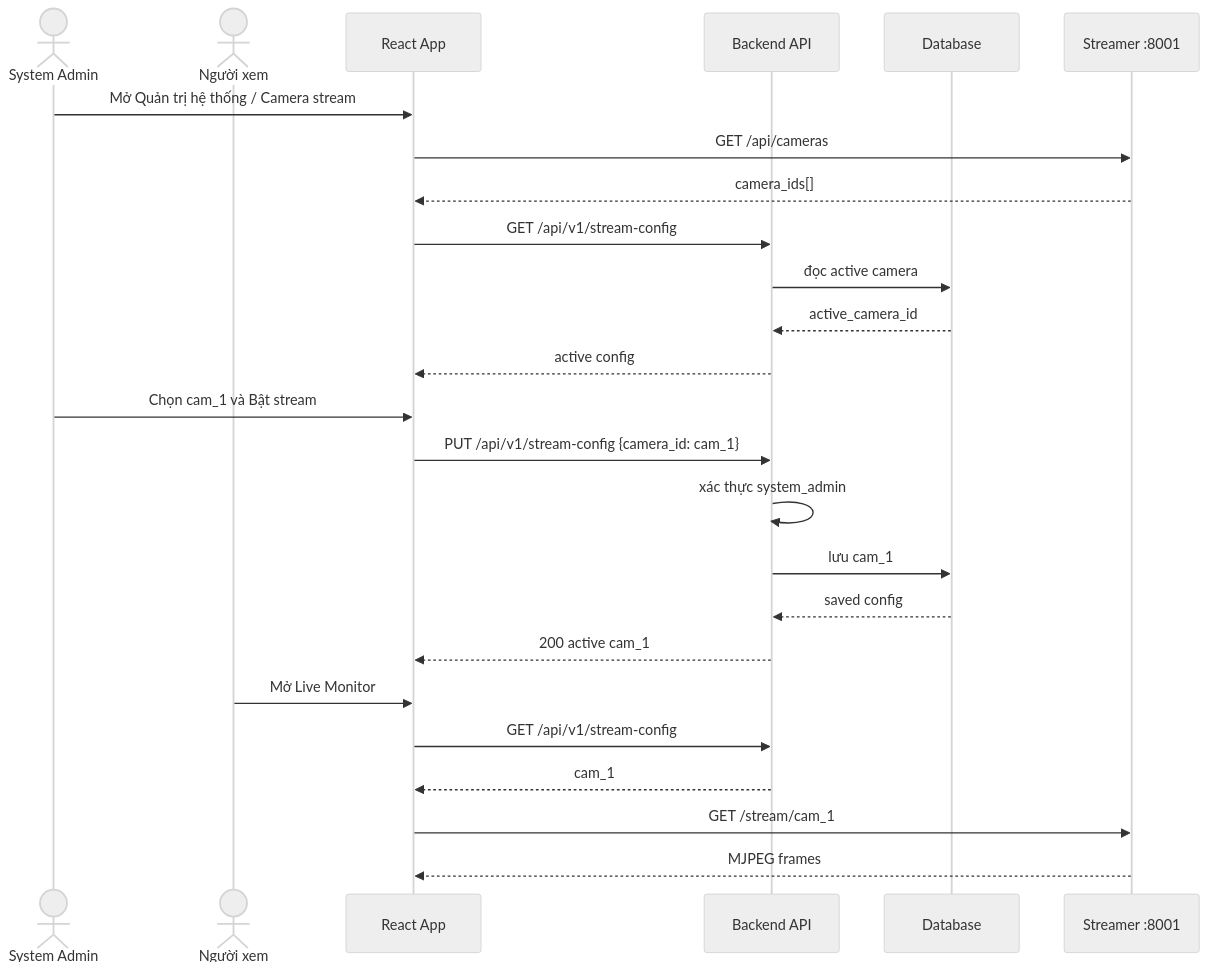
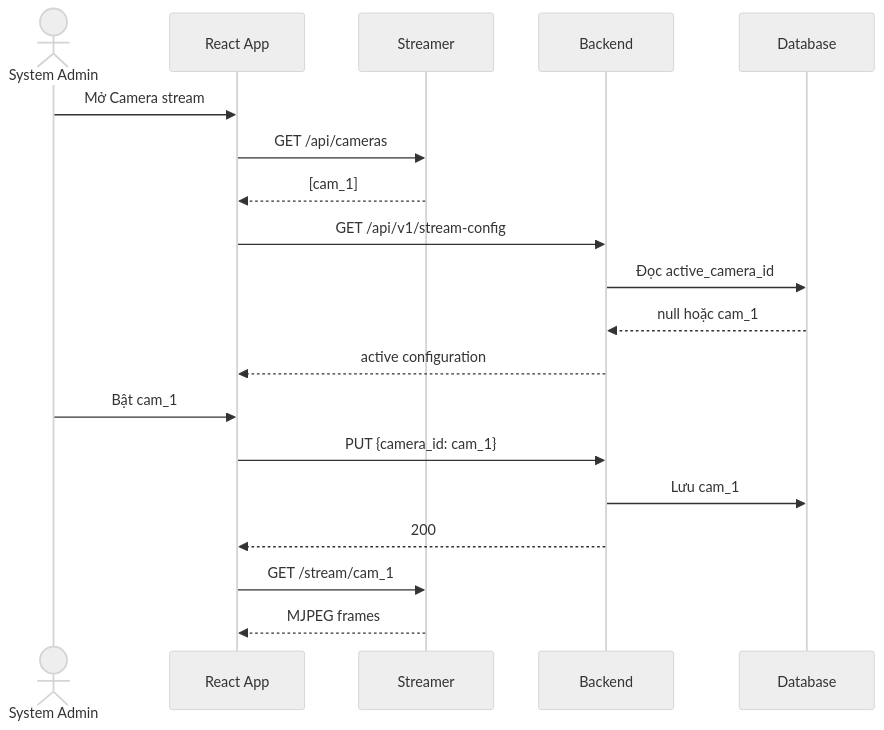
One commit to NguyenNhat4/Sentiel-safety-intelligent changed the second of 3 diagrams in docs/plans/2026-08-19-001-feat-admin-camera-stream-selection-plan.md. Above: the diagram before and after it, drawn with Mermaid (neutral theme). The commit also changed other lines of this file and 12 other files, not shown here.

````diff
--- a/docs/plans/2026-08-19-001-feat-admin-camera-stream-selection-plan.md
+++ b/docs/plans/2026-08-19-001-feat-admin-camera-stream-selection-plan.md
@@ -76,28 +152,22 @@
 ```mermaid
 sequenceDiagram
-    actor Admin as System Admin
-    actor User as Người xem
+    actor A as System Admin
     participant UI as React App
-    participant API as Backend API
+    participant S as Streamer
+    participant API as Backend
     participant DB as Database
-    participant S as Streamer :8001
 
-    Admin->>UI: Mở Quản trị hệ thống / Camera stream
+    A->>UI: Mở Camera stream
     UI->>S: GET /api/cameras
-    S-->>UI: camera_ids[]
+    S-->>UI: [cam_1]
     UI->>API: GET /api/v1/stream-config
-    API->>DB: đọc active camera
-    DB-->>API: active_camera_id
-    API-->>UI: active config
-    Admin->>UI: Chọn cam_1 và Bật stream
-    UI->>API: PUT /api/v1/stream-config {camera_id: cam_1}
-    API->>API: xác thực system_admin
-    API->>DB: lưu cam_1
-    DB-->>API: saved config
-    API-->>UI: 200 active cam_1
-    User->>UI: Mở Live Monitor
-    UI->>API: GET /api/v1/stream-config
-    API-->>UI: cam_1
+    API->>DB: Đọc active_camera_id
+    DB-->>API: null hoặc cam_1
+    API-->>UI: active configuration
+    A->>UI: Bật cam_1
+    UI->>API: PUT {camera_id: cam_1}
+    API->>DB: Lưu cam_1
+    API-->>UI: 200
     UI->>S: GET /stream/cam_1
     S-->>UI: MJPEG frames
 ```
````
